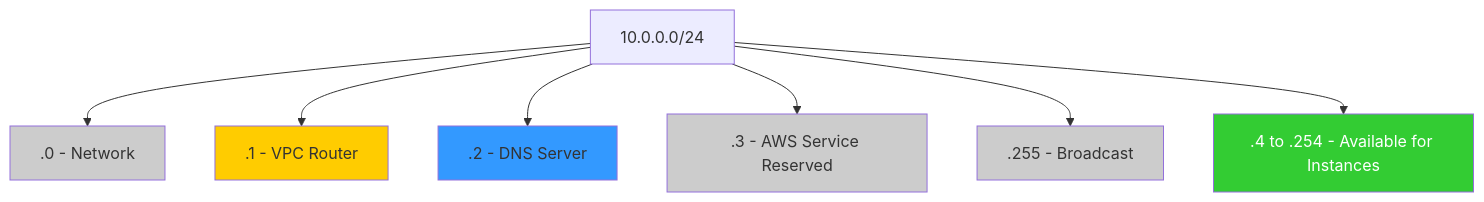
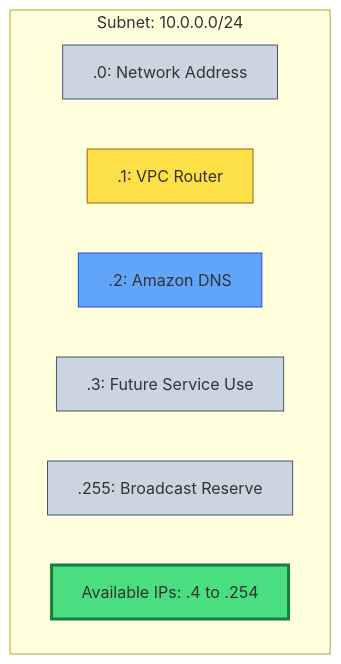
One commit to Ganil151/Devops changed the diagram in 2-Intermediate/01-Phase-1/01-Networking/02-Subnetting-and-CIDR/04-AWS-Reserved-IPs-and-Limits/README.md. Above: the diagram before and after it, drawn with Mermaid. The commit also changed other lines of this file and 51 other files, not shown here.

````diff
--- a/2-Intermediate/01-Phase-1/01-Networking/02-Subnetting-and-CIDR/04-AWS-Reserved-IPs-and-Limits/README.md
+++ b/2-Intermediate/01-Phase-1/01-Networking/02-Subnetting-and-CIDR/04-AWS-Reserved-IPs-and-Limits/README.md
@@ -17,16 +5,19 @@
 ```mermaid
 graph TD
-    Range[10.0.0.0/24] --> R0[.0 - Network]
-    Range --> R1[.1 - VPC Router]
-    Range --> R2[.2 - DNS Server]
-    Range --> R3[.3 - AWS Service Reserved]
-    Range --> R255[.255 - Broadcast]
-    Range --> Usable[.4 to .254 - Available for Instances]
+    subgraph Subnet_Allocation[Subnet: 10.0.0.0/24]
+        R0[.0: Network Address]
+        R1[.1: VPC Router]
+        R2[.2: Amazon DNS]
+        R3[.3: Future Service Use]
+        R255[.255: Broadcast Reserve]
+        
+        Usable[Available IPs: .4 to .254]
+    end
 
-style R0 fill:#ccc
-    style R1 fill:#ffcc00
-    style R2 fill:#3399ff
-    style R3 fill:#ccc
-    style R255 fill:#ccc
-    style Usable fill:#33cc33,color:#fff
+    style R0 fill:#cbd5e1,stroke:#475569
+    style R1 fill:#fde047,stroke:#a16207
+    style R2 fill:#60a5fa,stroke:#1d4ed8
+    style R3 fill:#cbd5e1,stroke:#475569
+    style R255 fill:#cbd5e1,stroke:#475569
+    style Usable fill:#4ade80,stroke:#15803d,stroke-width:3px
 ```
````
